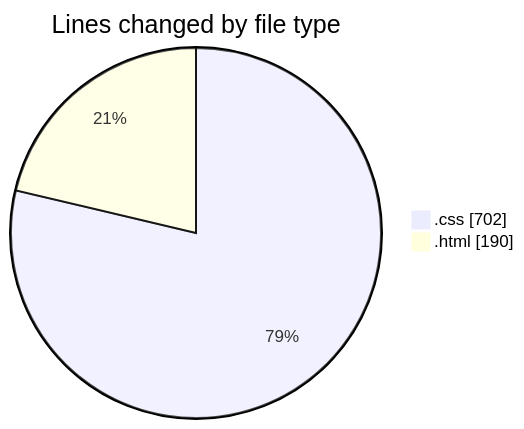
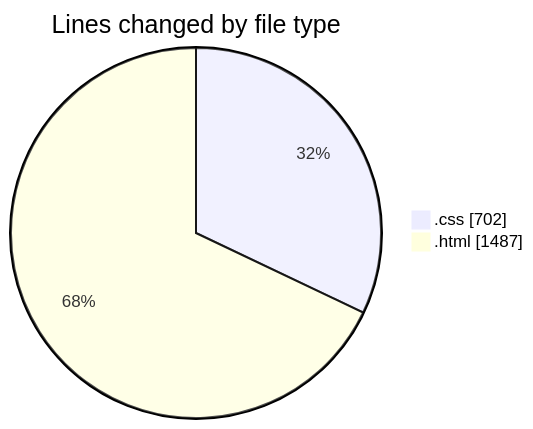
One commit to Ritupan-Deka/code-tracking changed the first of 2 diagrams in 2025-06-21/portfolio/README.md. Above: the diagram before and after it, drawn with Mermaid. The commit also changed other lines of this file and 1 other file, not shown here.

````diff
--- a/2025-06-21/portfolio/README.md
+++ b/2025-06-21/portfolio/README.md
@@ -22,6 +23,6 @@
 ```mermaid
 pie showData
 title Lines changed by file type
 ".css" : 702
-".html" : 190
+".html" : 1487
 ```
````
